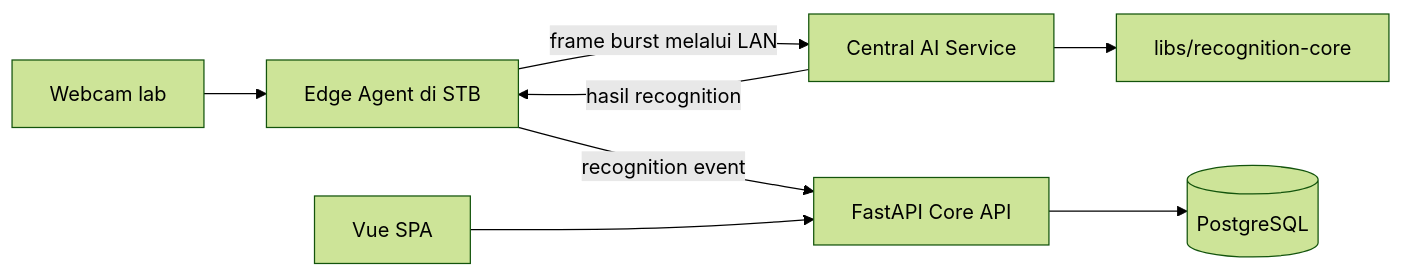
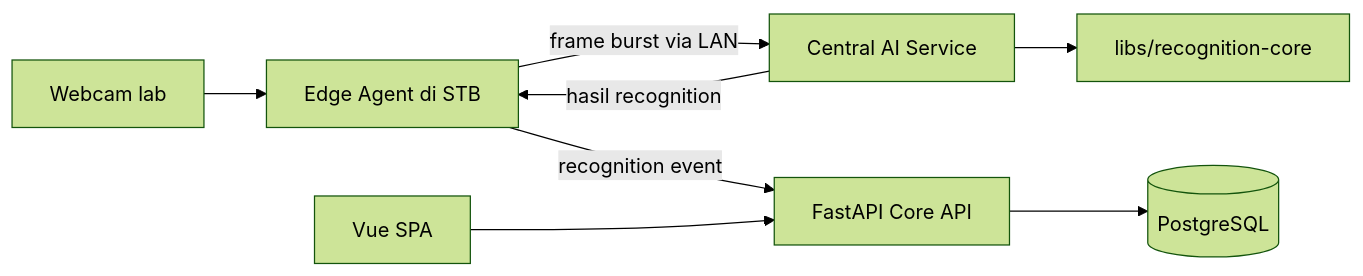
One commit to mygads/Face-Recognition-Capstone changed the second of 3 diagrams in docs/architecture/overview.md. Above: the diagram before and after it, drawn with Mermaid (forest theme). The commit also changed other lines of this file and 47 other files, not shown here.

````diff
--- a/docs/architecture/overview.md
+++ b/docs/architecture/overview.md
@@ -45,10 +66,10 @@
 ```mermaid
 flowchart LR
   Camera[Webcam lab] --> STB[Edge Agent di STB]
-  STB -->|frame burst melalui LAN| AI[Central AI Service]
+  STB -->|frame burst via LAN| AI[Central AI Service]
   AI --> Core[libs/recognition-core]
   AI -->|hasil recognition| STB
   STB -->|recognition event| API[FastAPI Core API]
   Web[Vue SPA] --> API
   API --> DB[(PostgreSQL)]
 ```
````
